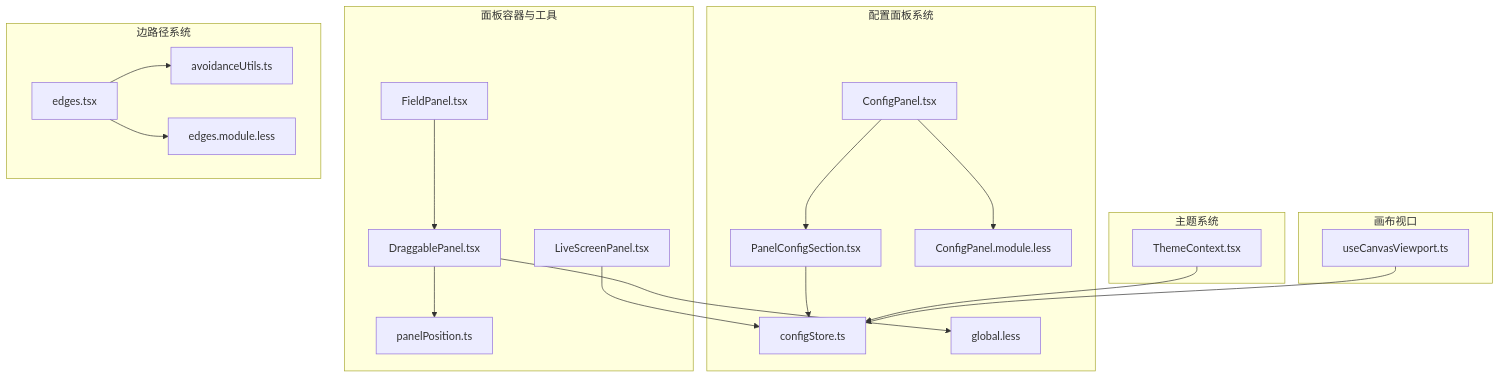
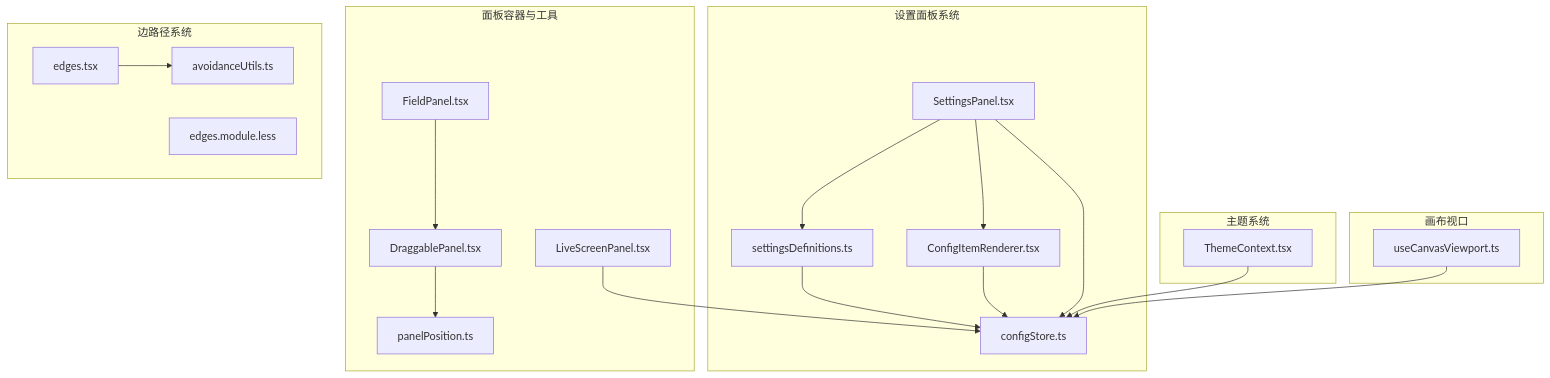
One commit to kqcoxn/MaaPipelineEditor changed the first of 14 diagrams in .qoder/repowiki/zh/content/用户界面/面板系统/配置面板/面板配置区域.md. Above: the diagram before and after it, drawn with Mermaid. The commit also changed other lines of this file and 50 other files, not shown here.

````diff
--- a/.qoder/repowiki/zh/content/用户界面/面板系统/配置面板/面板配置区域.md
+++ b/.qoder/repowiki/zh/content/用户界面/面板系统/配置面板/面板配置区域.md
@@ -52,38 +55,37 @@
 ```mermaid
 graph TB
-subgraph "配置面板系统"
-CP["ConfigPanel.tsx"]
-PCS["PanelConfigSection.tsx"]
+subgraph "设置面板系统"
+SP["SettingsPanel.tsx"]
+SD["settingsDefinitions.ts"]
+CIR["ConfigItemRenderer.tsx"]
 CS["configStore.ts"]
-CFG_LESS["ConfigPanel.module.less"]
-GLB_LESS["global.less"]
+SP --> SD
+SP --> CIR
+SD --> CS
+CIR --> CS
+SP --> CS
 end
 subgraph "面板容器与工具"
 DP["DraggablePanel.tsx"]
 PP["panelPosition.ts"]
 FLP["FieldPanel.tsx"]
 LSP["LiveScreenPanel.tsx"]
 end
 subgraph "边路径系统"
 EDGES["edges.tsx"]
 AVOID["avoidanceUtils.ts"]
 EDGES_LESS["edges.module.less"]
 end
 subgraph "主题系统"
 TC["ThemeContext.tsx"]
 end
 subgraph "画布视口"
 UCV["useCanvasViewport.ts"]
 end
-CP --> PCS
-PCS --> CS
 DP --> PP
 FLP --> DP
 LSP --> CS
 EDGES --> AVOID
-CP --> CFG_LESS
-DP --> GLB_LESS
-EDGES --> EDGES_LESS
 TC --> CS
 UCV --> CS
 ```
````
